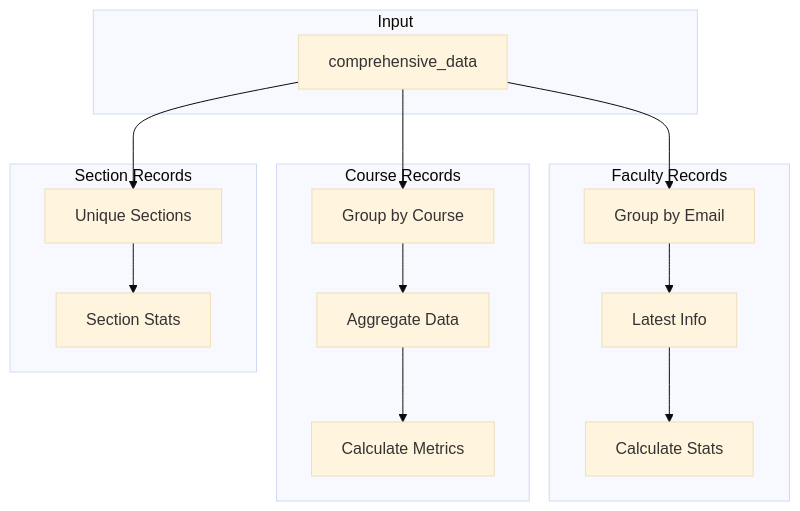
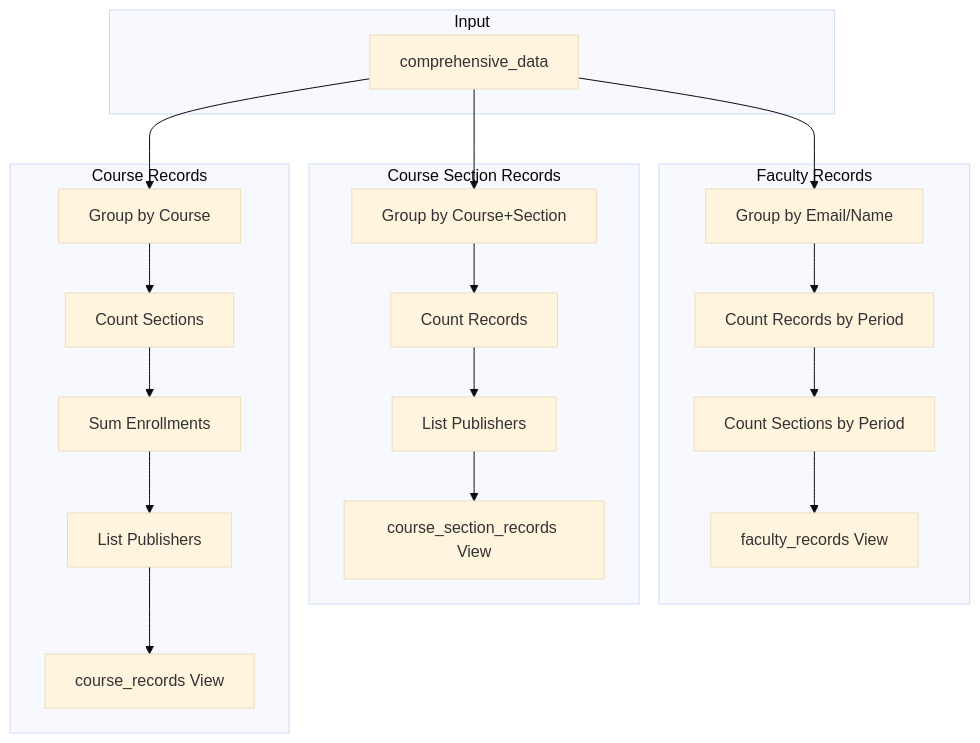
Before and after one commit to christopherseaman/commodoreSQL: the sixth of 7 diagrams in docs/process_documentation.md, drawn with Mermaid (base theme). The commit also changed other lines of this file and 8 other files, not shown here.

````diff
--- a/docs/process_documentation.md
+++ b/docs/process_documentation.md
@@ -190,23 +211,28 @@
 ```mermaid
 graph TD
     subgraph "Input"
         CD[comprehensive_data]
     end
     
     subgraph "Faculty Records"
-        CD --> F1[Group by Email]
-        F1 --> F2[Latest Info]
-        F2 --> F3[Calculate Stats]
+        CD --> F1[Group by Email/Name]
+        F1 --> F2[Count Records by Period]
+        F2 --> F3[Count Sections by Period]
+        F3 --> F4[faculty_records View]
+    end
+    
+    subgraph "Course Section Records"
+        CD --> S1[Group by Course+Section]
+        S1 --> S2[Count Records]
+        S2 --> S3[List Publishers]
+        S3 --> S4[course_section_records View]
     end
     
     subgraph "Course Records"
         CD --> C1[Group by Course]
-        C1 --> C2[Aggregate Data]
-        C2 --> C3[Calculate Metrics]
-    end
-    
-    subgraph "Section Records"
-        CD --> S1[Unique Sections]
-        S1 --> S2[Section Stats]
+        C1 --> C2[Count Sections]
+        C2 --> C3[Sum Enrollments]
+        C3 --> C4[List Publishers]
+        C4 --> C5[course_records View]
     end
 ```
````
